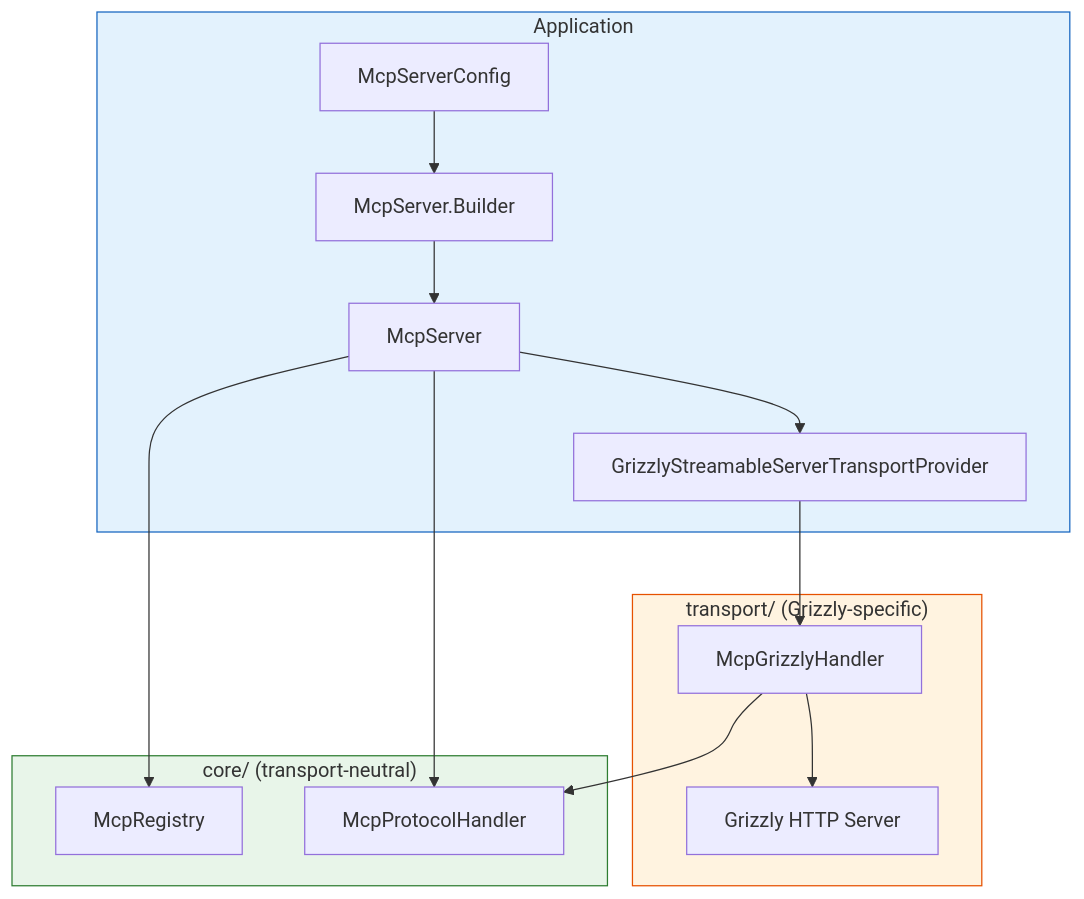
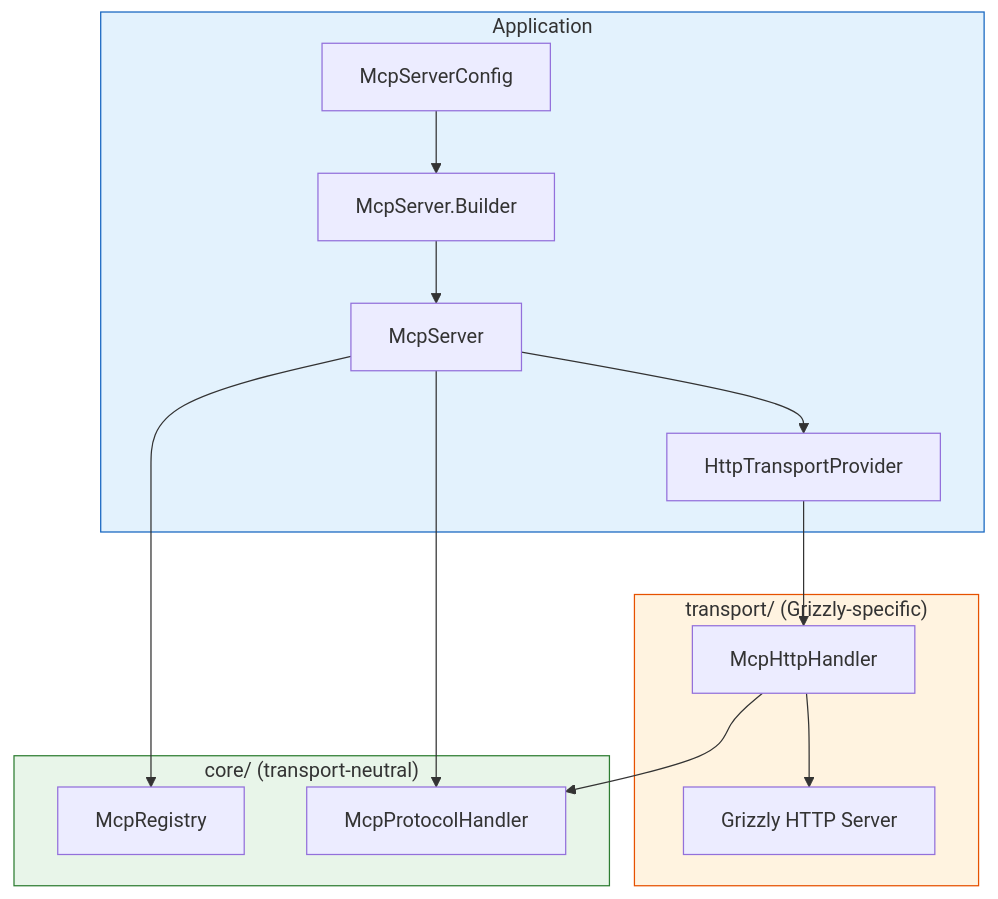
Before and after one commit to vinhphan812/mcp-java-sdk: the diagram in docs/PROJECT-GUIDE.md, drawn with Mermaid. The commit also changed other lines of this file and 20 other files, not shown here.

First line of the commit message:
docs: sync ADR and project docs with current source — rename GrizzlyStreamableServerTransportProvider -> HttpTransportProvider

````diff
--- a/docs/PROJECT-GUIDE.md
+++ b/docs/PROJECT-GUIDE.md
@@ -129,32 +129,32 @@
 ```mermaid
 flowchart TB
     subgraph application["Application"]
         Config["McpServerConfig"]
         Builder["McpServer.Builder"]
         Server["McpServer"]
-        TransportProvider["GrizzlyStreamableServerTransportProvider"]
+        TransportProvider["HttpTransportProvider"]
     end
 
     subgraph core["core/ (transport-neutral)"]
         Registry["McpRegistry"]
         Protocol["McpProtocolHandler"]
     end
 
     subgraph transport["transport/ (Grizzly-specific)"]
-        Handler["McpGrizzlyHandler"]
+        Handler["McpHttpHandler"]
         GrizzlyServer["Grizzly HTTP Server"]
     end
 
     Config --> Builder
     Builder --> Server
     Server --> Registry
     Server --> Protocol
     Server --> TransportProvider
     TransportProvider --> Handler
     Handler --> Protocol
     Handler --> GrizzlyServer
 
     style application fill:#e3f2fd,stroke:#1565c0
     style core fill:#e8f5e9,stroke:#2e7d32
     style transport fill:#fff3e0,stroke:#e65100
 ```
````
